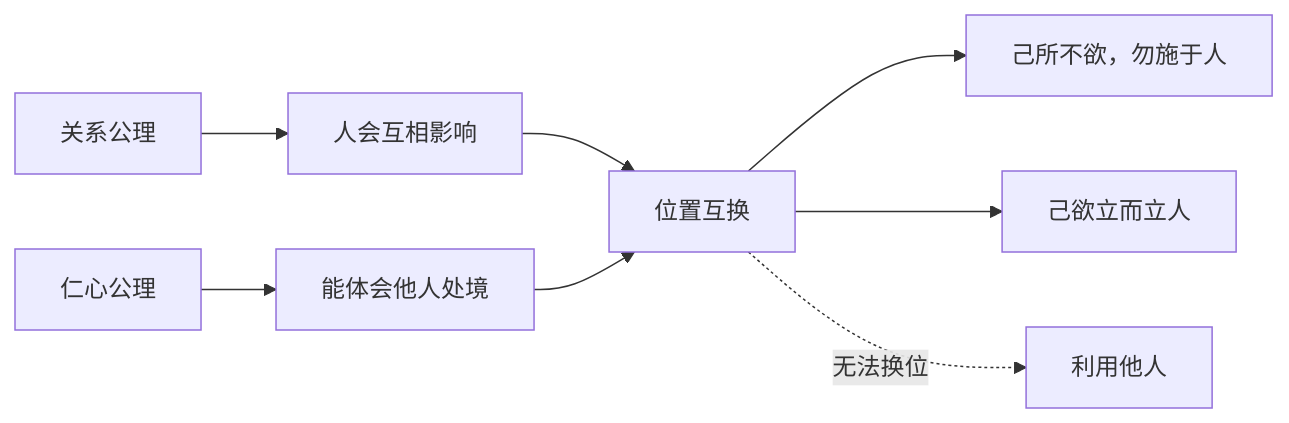
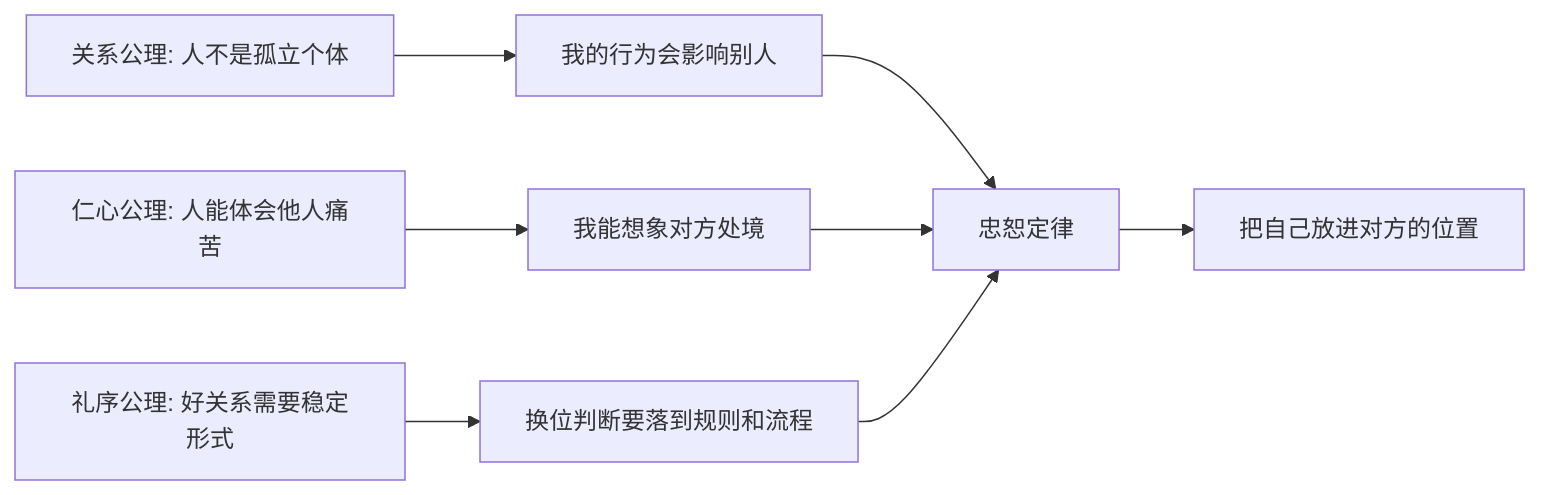
Before and after one commit to digoal/blog: the second of 3 diagrams in 202605/20260518_23.md, drawn with Mermaid. The commit also changed other lines of this file and 26 other files, not shown here.

````diff
--- a/202605/20260518_23.md
+++ b/202605/20260518_23.md
@@ -22,10 +75,10 @@
 ```mermaid
 flowchart LR
-  A["关系公理"] --> C["人会互相影响"]
-  B["仁心公理"] --> D["能体会他人处境"]
-  C --> E["位置互换"]
-  D --> E
-  E --> F["己所不欲，勿施于人"]
-  E --> G["己欲立而立人"]
-  E -. "无法换位" .-> H["利用他人"]
+  A["关系公理: 人不是孤立个体"] --> D["我的行为会影响别人"]
+  B["仁心公理: 人能体会他人痛苦"] --> E["我能想象对方处境"]
+  C["礼序公理: 好关系需要稳定形式"] --> F["换位判断要落到规则和流程"]
+  D --> G["忠恕定律"]
+  E --> G
+  F --> G
+  G --> H["把自己放进对方的位置"]
 ```
````
